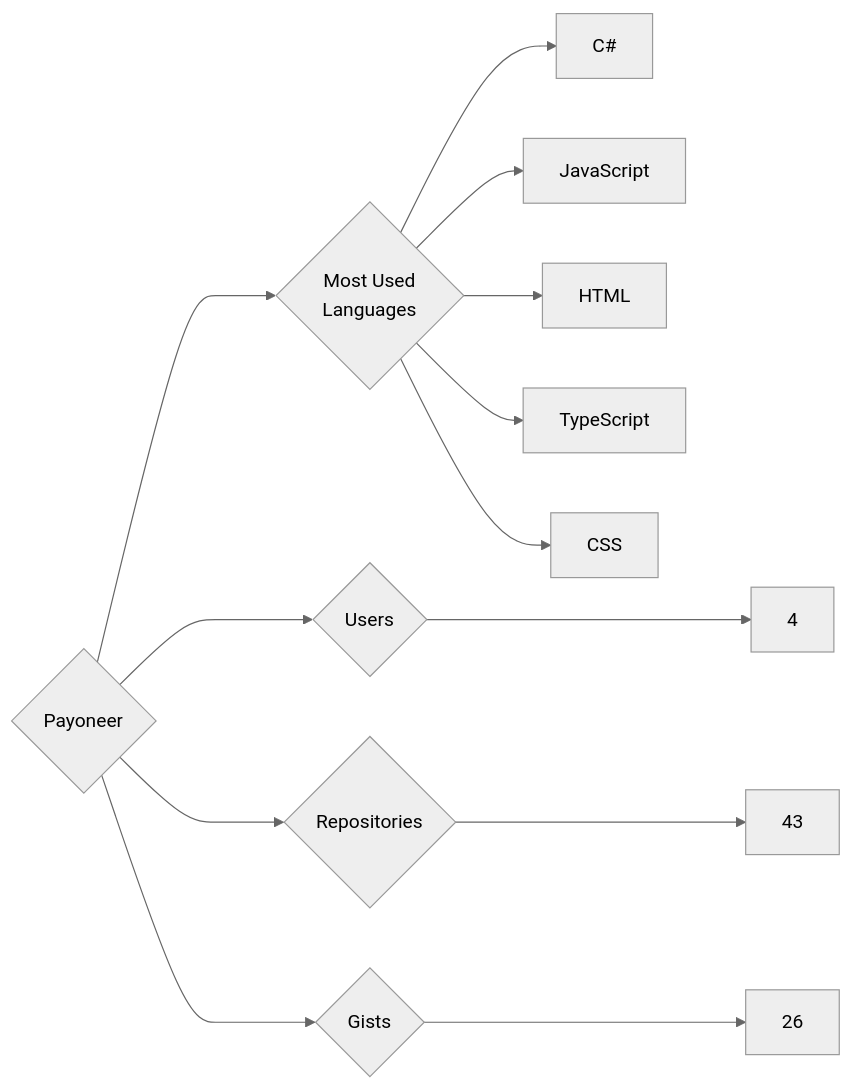
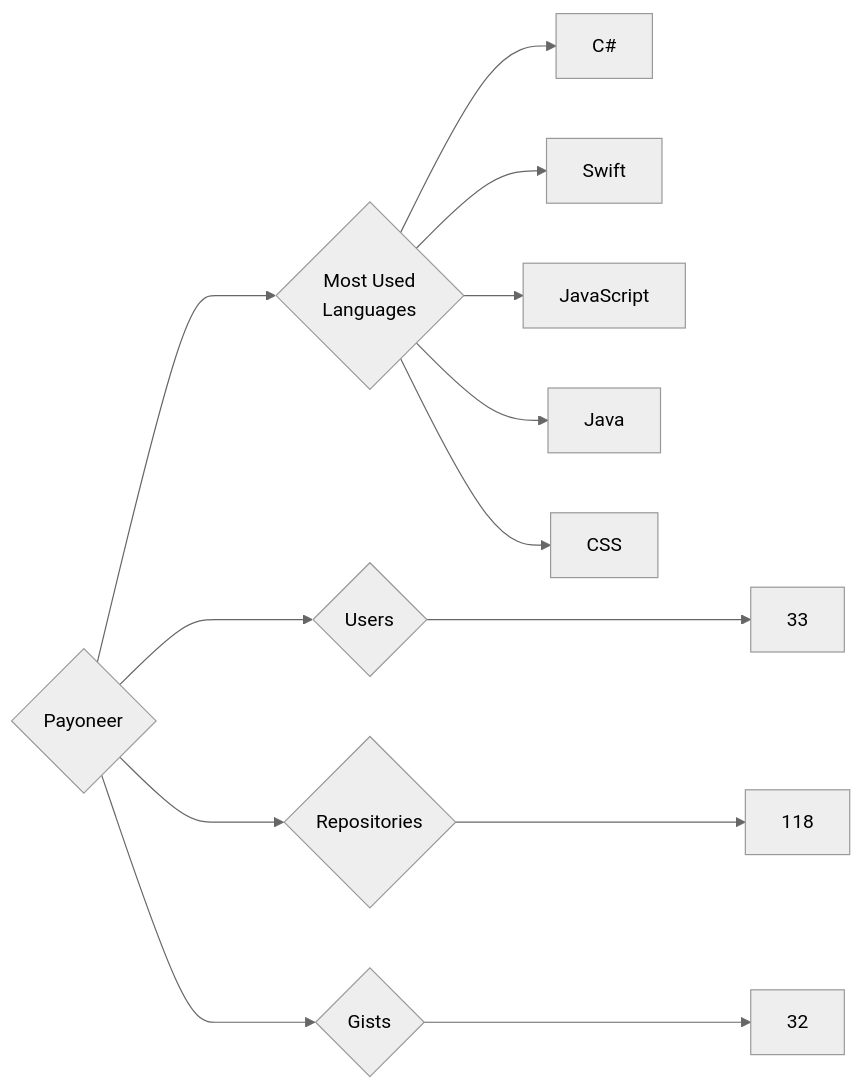
One commit to trickest/insiders changed the diagram in targets/Payoneer/README.md. Above: the diagram before and after it, drawn with Mermaid (neutral theme). The commit also changed 898 other files, not shown here.

````diff
--- a/targets/Payoneer/README.md
+++ b/targets/Payoneer/README.md
@@ -3,13 +3,13 @@
 ```mermaid
 graph LR
 COMPANY_NAME{Payoneer}
-COMPANY_NAME ---> U{Users} ---> UN[4]
-COMPANY_NAME ---> R{Repositories} ---> RN[43]
-COMPANY_NAME ---> G{Gists} ---> GN[26]
+COMPANY_NAME ---> U{Users} ---> UN[33]
+COMPANY_NAME ---> R{Repositories} ---> RN[118]
+COMPANY_NAME ---> G{Gists} ---> GN[32]
 COMPANY_NAME ---> ML{Most Used<br>Languages}
 ML --> C#[C#]
+ML --> Swift[Swift]
 ML --> JavaScript[JavaScript]
-ML --> HTML[HTML]
-ML --> TypeScript[TypeScript]
+ML --> Java[Java]
 ML --> CSS[CSS]
 ```
````
